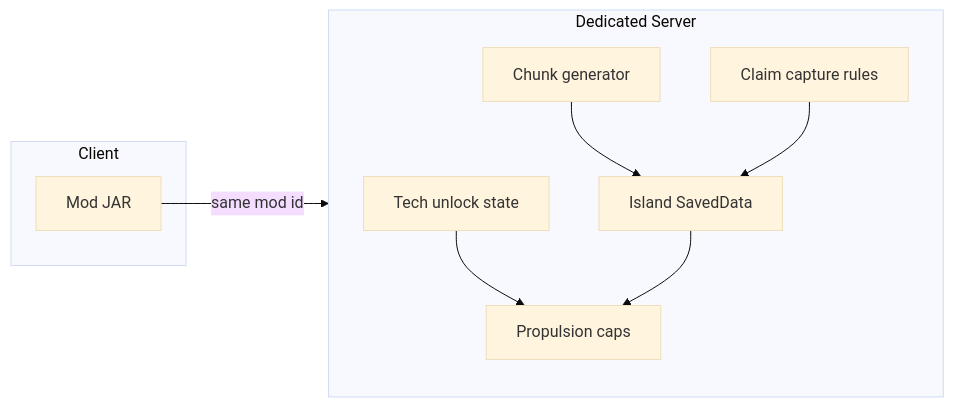
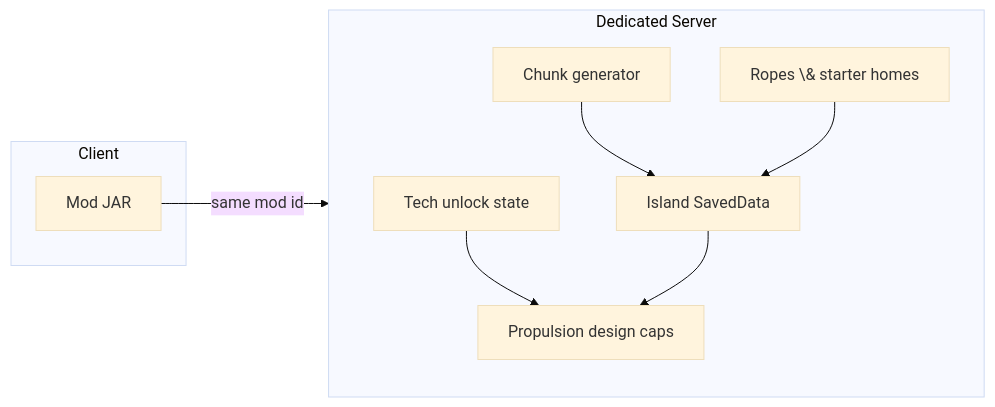
Before and after one commit to digitalexpl0it/Project-Island: the diagram in README.md, drawn with Mermaid (base theme). The commit also changed other lines of this file and 6 other files, not shown here.

````diff
--- a/README.md
+++ b/README.md
@@ -85,18 +85,18 @@
 ```mermaid
 flowchart LR
   subgraph client [Client]
     ModJar[Mod JAR]
   end
   subgraph server [Dedicated Server]
     Worldgen[Chunk generator]
     IslandDB[Island SavedData]
     Unlocks[Tech unlock state]
-    Rules[Claim capture rules]
-    Propulsion[Propulsion caps]
+    Ropes[Ropes \& starter homes]
+    Propulsion[Propulsion design caps]
   end
   ModJar -->|same mod id| server
   Worldgen --> IslandDB
   Unlocks --> Propulsion
-  Rules --> IslandDB
+  Ropes --> IslandDB
   IslandDB --> Propulsion
 ```
````
